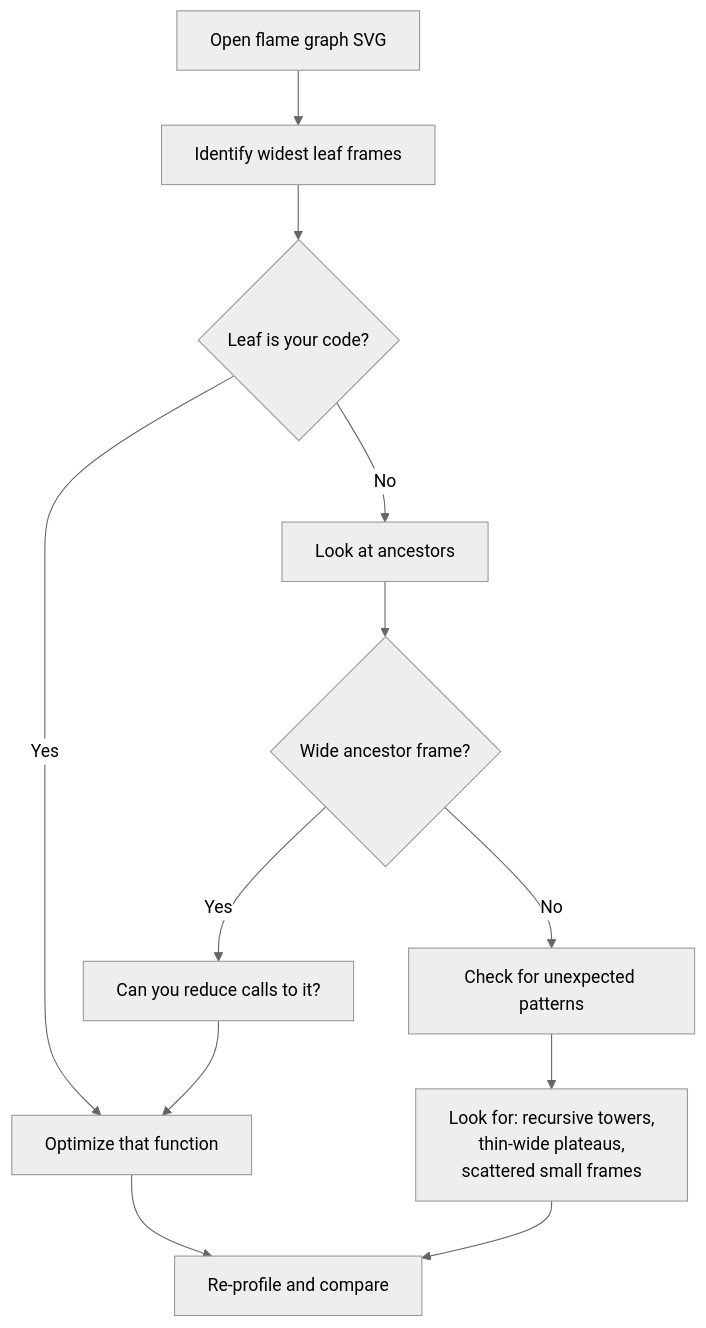
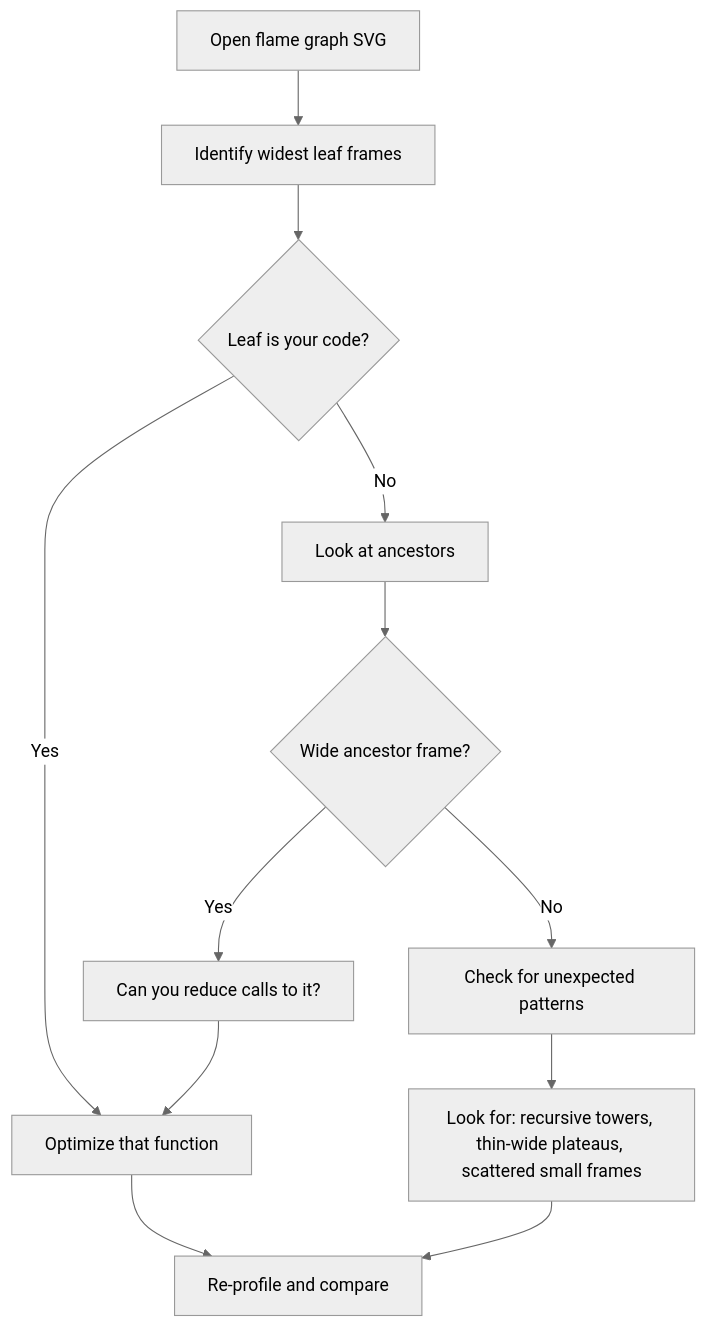
One commit to Abhinav-Kumar012/lb2 changed the second of 4 diagrams in src/performance/flame-graphs.md. Above: the diagram before and after it, drawn with Mermaid (neutral theme). The commit also changed other lines of this file and 4 other files, not shown here.

Commit message:
fix: mermaid syntax - kernel/filesystems

````diff
--- a/src/performance/flame-graphs.md
+++ b/src/performance/flame-graphs.md
@@ -511,16 +511,14 @@
 ```mermaid
 flowchart TD
     A[Open flame graph SVG] --> B[Identify widest leaf frames]
     B --> C{Leaf is your code?}
     C -->|Yes| D[Optimize that function]
     C -->|No| E[Look at ancestors]
     E --> F{Wide ancestor frame?}
     F -->|Yes| G[Can you reduce calls to it?]
     F -->|No| H[Check for unexpected patterns]
-    H --> I[Look for: recursive towers,
-         thin-wide plateaus,
-         scattered small frames]
+    H --> I["Look for: recursive towers, thin-wide plateaus, scattered small frames"]
     G --> D
     D --> J[Re-profile and compare]
     I --> J
 ```
````
